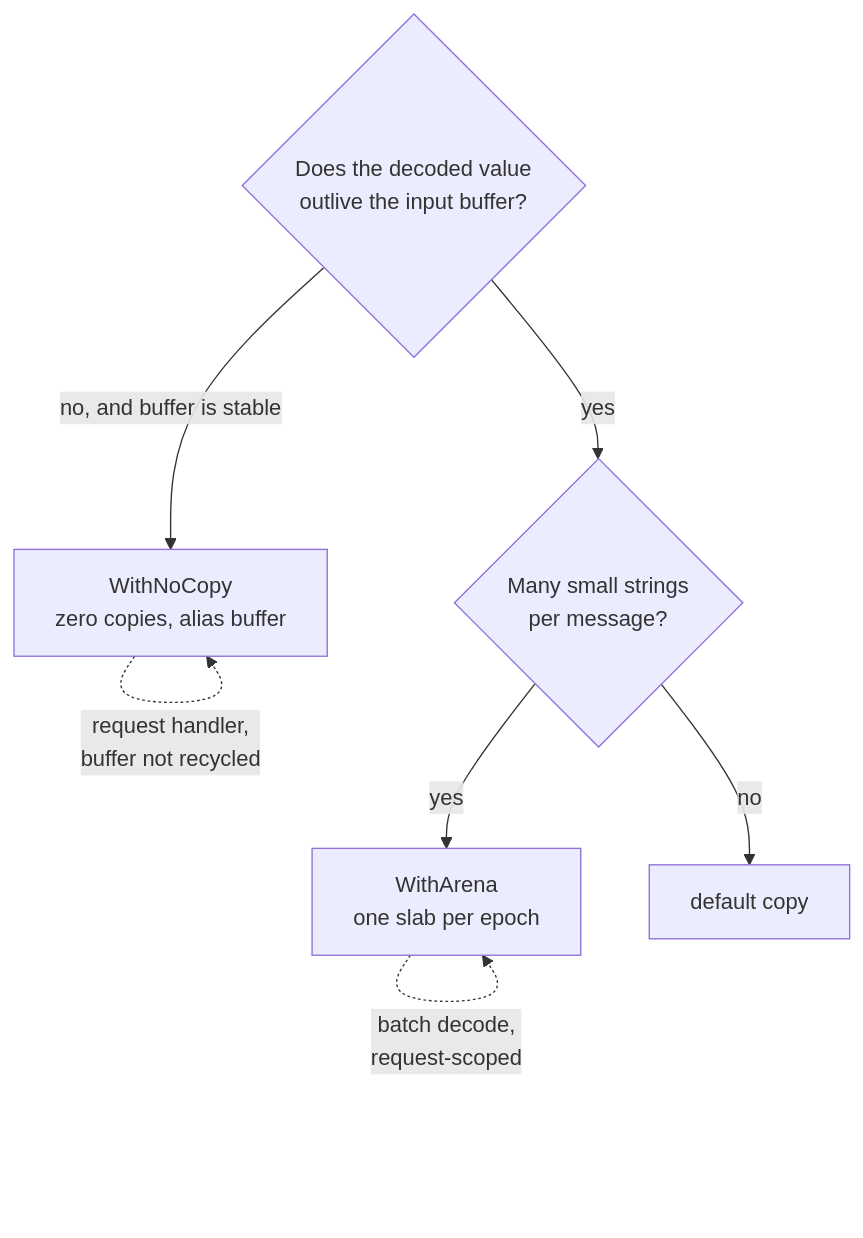
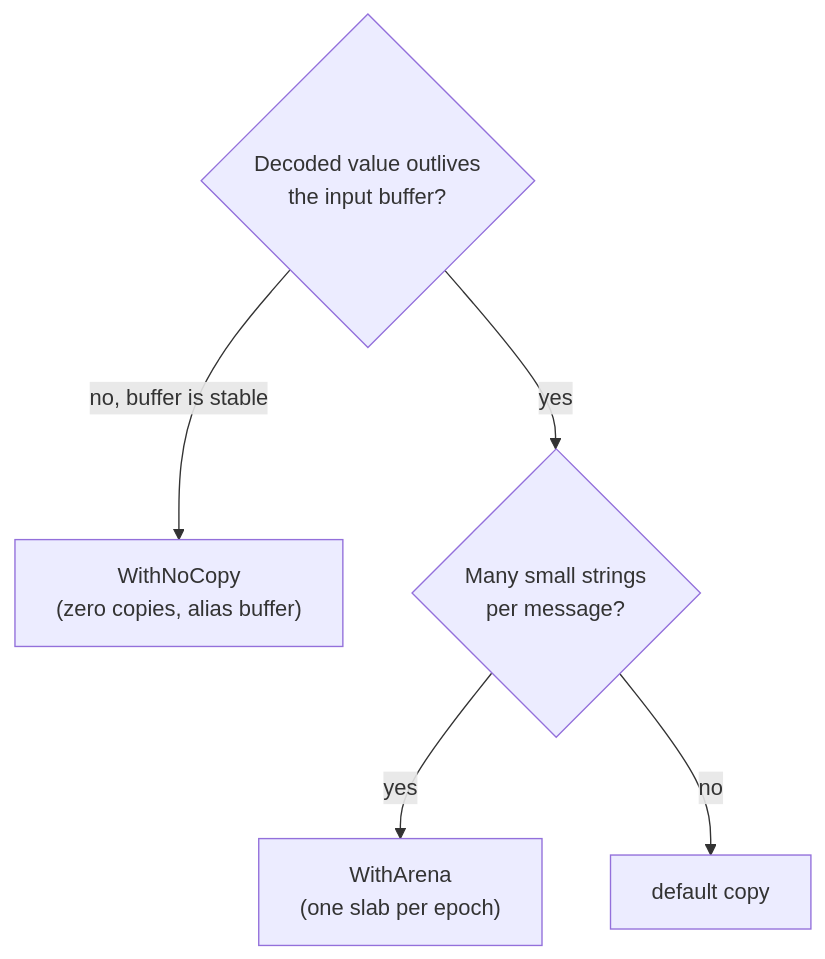
The fourth of 4 diagrams in docs/ARTICLE.md (alex60217101990/qdf), drawn with Mermaid before and after one commit. The commit also changed other lines of this file and 1 other file, not shown here.

First line of the commit message:
docs: fix mermaid diagrams rendering as raw code

````diff
--- a/docs/ARTICLE.md
+++ b/docs/ARTICLE.md
@@ -470,15 +463,7 @@
 ```mermaid
 flowchart TD
-    D{Does the decoded value
-outlive the input buffer?} -->|no, and buffer is stable| NC[WithNoCopy
-zero copies, alias buffer]
-    D -->|yes| C{Many small strings
-per message?}
-    C -->|yes| AR[WithArena
-one slab per epoch]
+    D{"Decoded value outlives<br/>the input buffer?"} -->|no, buffer is stable| NC["WithNoCopy<br/>(zero copies, alias buffer)"]
+    D -->|yes| C{"Many small strings<br/>per message?"}
+    C -->|yes| AR["WithArena<br/>(one slab per epoch)"]
     C -->|no| CP[default copy]
-    NC -.request handler,
-buffer not recycled.-> NC
-    AR -.batch decode,
-request-scoped.-> AR
 ```
````
